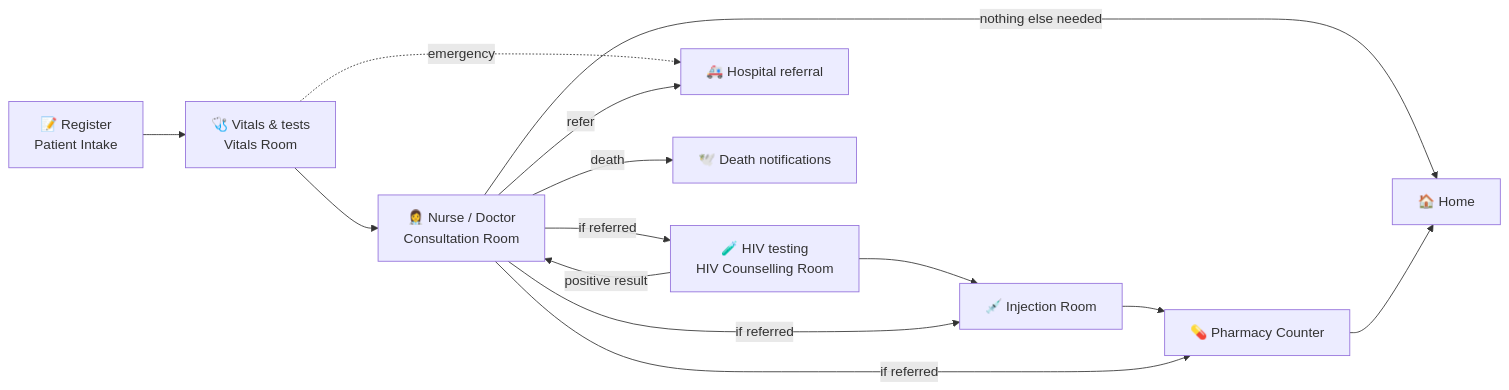
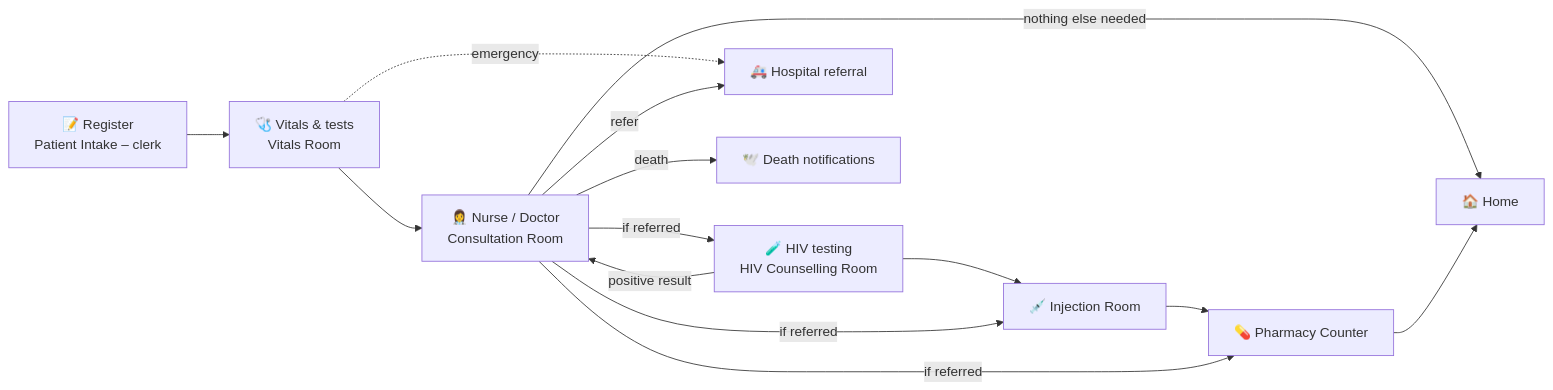
The first of 2 diagrams in clinicq/README.md (Dikeledi-K/AI_Solution), drawn with Mermaid before and after one commit. The commit also changed other lines of this file and 45 other files, not shown here.

````diff
--- a/clinicq/README.md
+++ b/clinicq/README.md
@@ -36,16 +37,16 @@
 ```mermaid
 flowchart LR
-    A[📝 Register<br/>Patient Intake] --> B[🩺 Vitals & tests<br/>Vitals Room]
+    A[📝 Register<br/>Patient Intake – clerk] --> B[🩺 Vitals & tests<br/>Vitals Room]
     B --> C[👩‍⚕️ Nurse / Doctor<br/>Consultation Room]
     C -->|if referred| D[🧪 HIV testing<br/>HIV Counselling Room]
     D -->|positive result| C
     D --> E[💉 Injection Room]
     C -->|if referred| E
     E --> F[💊 Pharmacy Counter]
     C -->|if referred| F
     C -->|nothing else needed| H[🏠 Home]
     F --> H
     B -. emergency .-> R[🚑 Hospital referral]
     C -->|refer| R
     C -->|death| X[🕊️ Death notifications]
 ```
````
